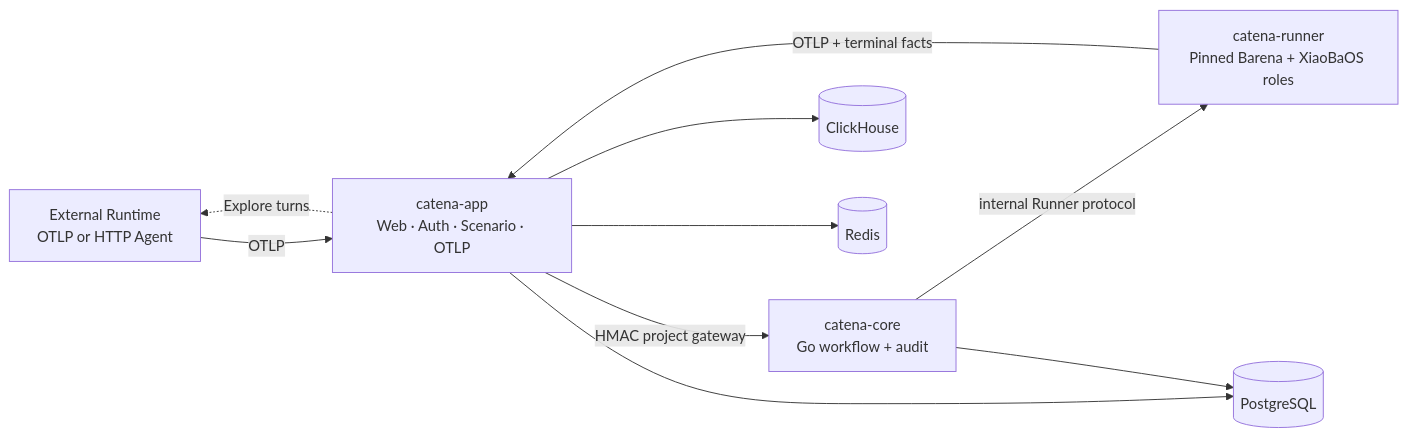
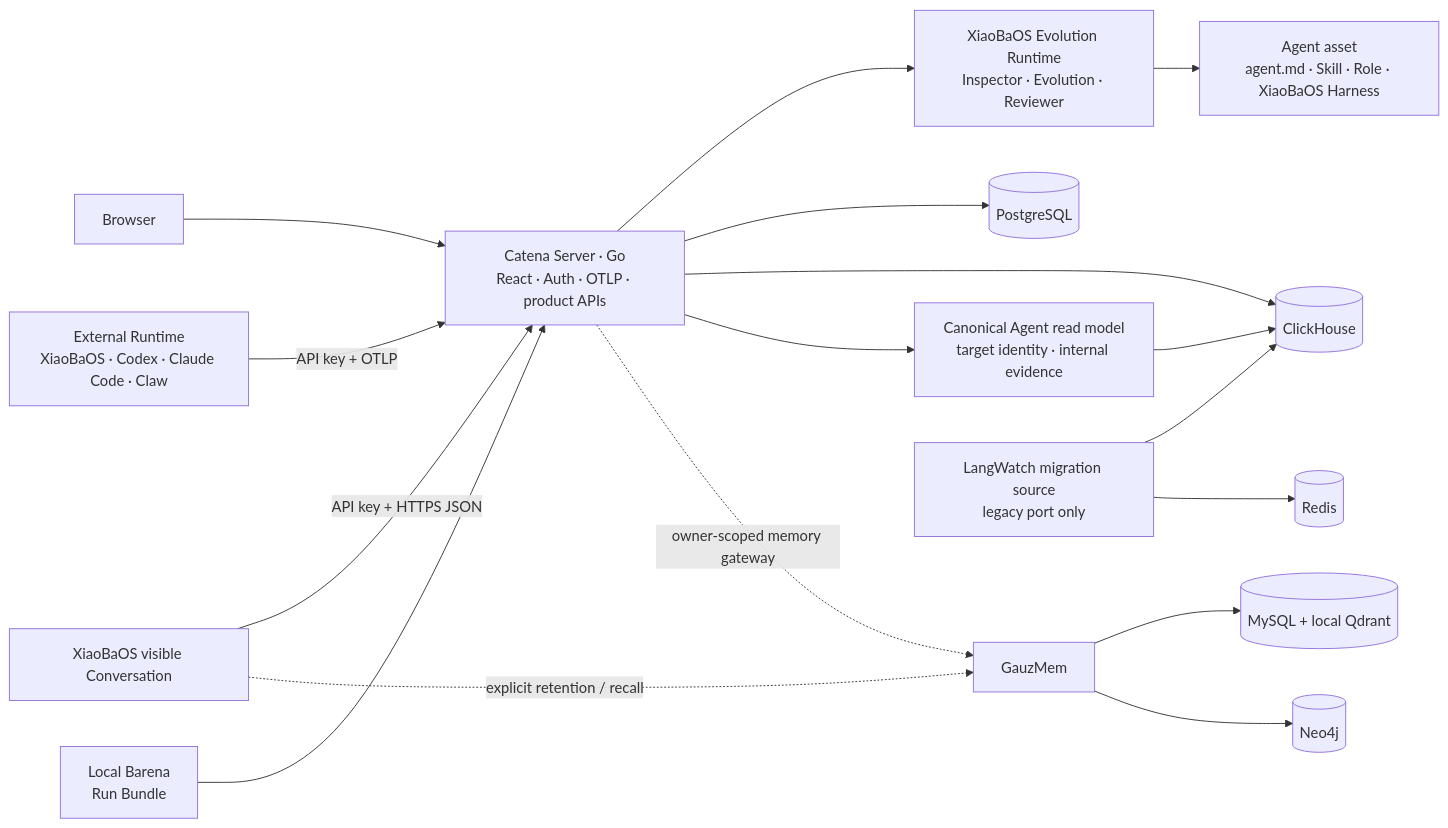
One commit to fightheyyy/CATENA changed the first of 2 diagrams in SPEC.md. Above: the diagram before and after it, drawn with Mermaid. The commit also changed other lines of this file and 97 other files, not shown here.

Commit message:
Ship Catena trace evolution beta

````diff
--- a/SPEC.md
+++ b/SPEC.md
@@ -45,20 +85,19 @@
 ```mermaid
 flowchart LR
-    Runtime["External Runtime<br/>OTLP or HTTP Agent"]
-    App["catena-app<br/>Web · Auth · Scenario · OTLP"]
-    Core["catena-core<br/>Go workflow + audit"]
-    Runner["catena-runner<br/>Pinned Barena + XiaoBaOS roles"]
-    PG[("PostgreSQL")]
-    CH[("ClickHouse")]
-    Redis[("Redis")]
-
-    Runtime -- "OTLP" --> App
-    App -. "Explore turns" .-> Runtime
-    App -- "HMAC project gateway" --> Core
-    Core -- "internal Runner protocol" --> Runner
-    Runner -- "OTLP + terminal facts" --> App
-    App --> PG
-    Core --> PG
-    App --> CH
-    App --> Redis
+    Browser["Browser"] --> Go["Catena Server · Go<br/>React · Auth · OTLP · product APIs"]
+    Runtime["External Runtime<br/>XiaoBaOS · Codex · Claude Code · Claw"] -- "API key + OTLP" --> Go
+    Conversation["XiaoBaOS visible Conversation"] -- "API key + HTTPS JSON" --> Go
+    Barena["Local Barena<br/>Run Bundle"] --> Go
+    Go --> Runner["XiaoBaOS Evolution Runtime<br/>Inspector · Evolution · Reviewer"]
+    Runner --> Asset["Agent asset<br/>agent.md · Skill · Role · XiaoBaOS Harness"]
+    Go --> PG[("PostgreSQL")]
+    Go --> CH[("ClickHouse")]
+    Go --> Identity["Canonical Agent read model<br/>target identity · internal evidence"]
+    Identity --> CH
+    Conversation -. "explicit retention / recall" .-> Memory["GauzMem"]
+    Go -. "owner-scoped memory gateway" .-> Memory
+    Memory --> MemorySQL[("MySQL + local Qdrant")]
+    Memory --> Graph[("Neo4j")]
+    Legacy["LangWatch migration source<br/>legacy port only"] --> CH
+    Legacy --> Redis[("Redis")]
 ```
````
